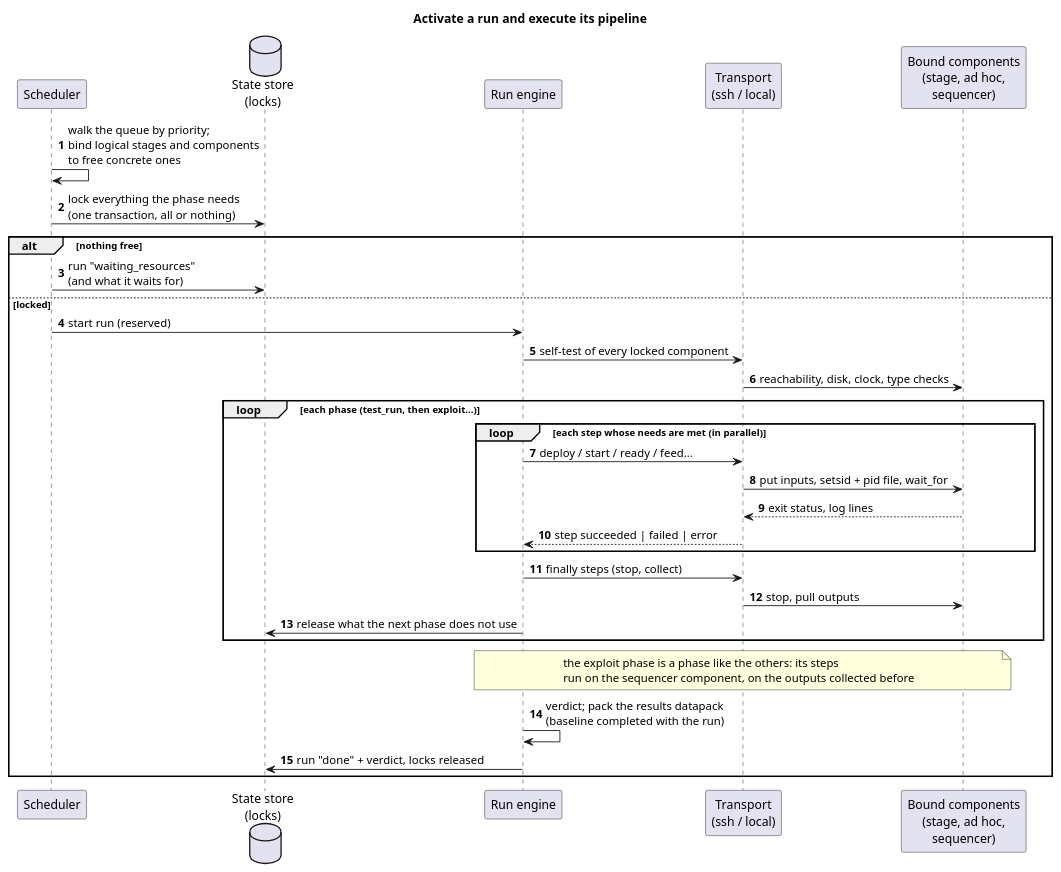
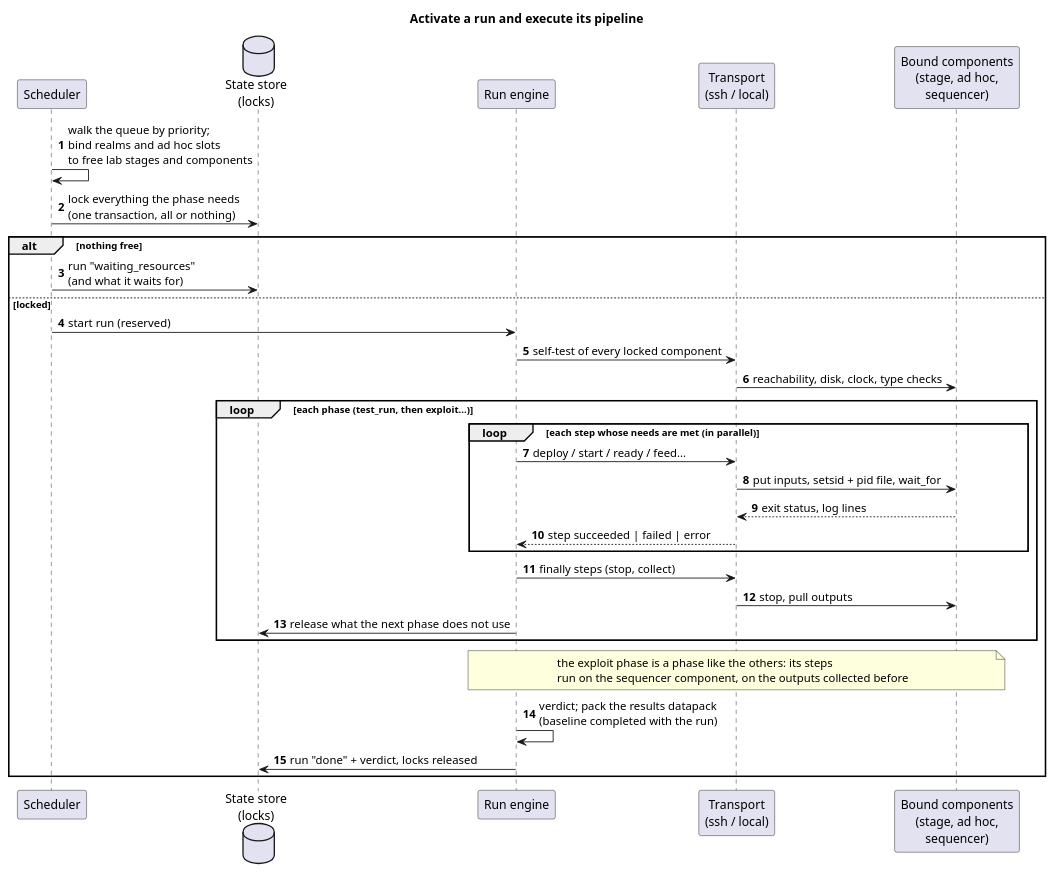
The diagram in docs/diagrams/seq_run.puml (laurentmldev/testsuit), drawn with PlantUML before and after one commit. The commit also changed 10 other files, not shown here.

First line of the commit message:
Restructure the sequencer README around a user manual

```diff
--- a/docs/diagrams/seq_run.puml
+++ b/docs/diagrams/seq_run.puml
@@ -1,36 +1,36 @@
 @startuml seq_run
 title Activate a run and execute its pipeline
 skinparam shadowing false
 skinparam defaultFontName Helvetica
 autonumber
 
 participant "Scheduler" as sched
 database "State store\n(locks)" as store
 participant "Run engine" as engine
 participant "Transport\n(ssh / local)" as tr
 participant "Bound components\n(stage, ad hoc,\nsequencer)" as comp
 
-sched -> sched : walk the queue by priority;\nbind logical stages and components\nto free concrete ones
+sched -> sched : walk the queue by priority;\nbind realms and ad hoc slots\nto free lab stages and components
 sched -> store : lock everything the phase needs\n(one transaction, all or nothing)
 alt nothing free
   sched -> store : run "waiting_resources"\n(and what it waits for)
 else locked
   sched -> engine : start run (reserved)
   engine -> tr : self-test of every locked component
   tr -> comp : reachability, disk, clock, type checks
   loop each phase (test_run, then exploit...)
     loop each step whose needs are met (in parallel)
       engine -> tr : deploy / start / ready / feed...
       tr -> comp : put inputs, setsid + pid file, wait_for
       comp --> tr : exit status, log lines
       tr --> engine : step succeeded | failed | error
     end
     engine -> tr : finally steps (stop, collect)
     tr -> comp : stop, pull outputs
     engine -> store : release what the next phase does not use
   end
   note over engine, comp : the exploit phase is a phase like the others: its steps\nrun on the sequencer component, on the outputs collected before
   engine -> engine : verdict; pack the results datapack\n(baseline completed with the run)
   engine -> store : run "done" + verdict, locks released
 end
 @enduml
```
